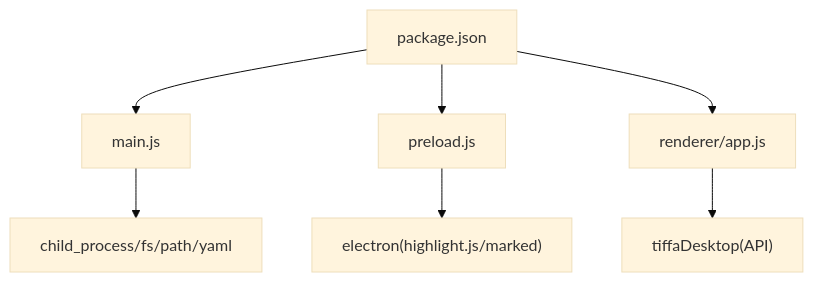
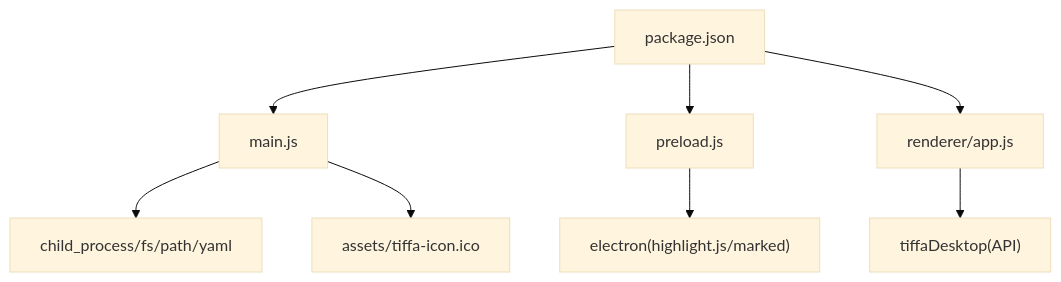
The ninth of 9 diagrams in .qoder/repowiki/zh/content/核心架构/Electron应用架构/Electron应用架构.md (swond-Mao/Tiffa), drawn with Mermaid (base theme) before and after one commit. The commit also changed other lines of this file and 18 other files, not shown here.

````diff
--- a/.qoder/repowiki/zh/content/核心架构/Electron应用架构/Electron应用架构.md
+++ b/.qoder/repowiki/zh/content/核心架构/Electron应用架构/Electron应用架构.md
@@ -426,9 +450,10 @@
 ```mermaid
 graph TB
 Pkg["package.json"] --> Main["main.js"]
 Pkg --> Pre["preload.js"]
 Pkg --> Rend["renderer/app.js"]
 Main --> Child["child_process/fs/path/yaml"]
 Pre --> E["electron(highlight.js/marked)"]
 Rend --> PreAPI["tiffaDesktop(API)"]
+Main --> Assets["assets/tiffa-icon.ico"]
 ```
````
